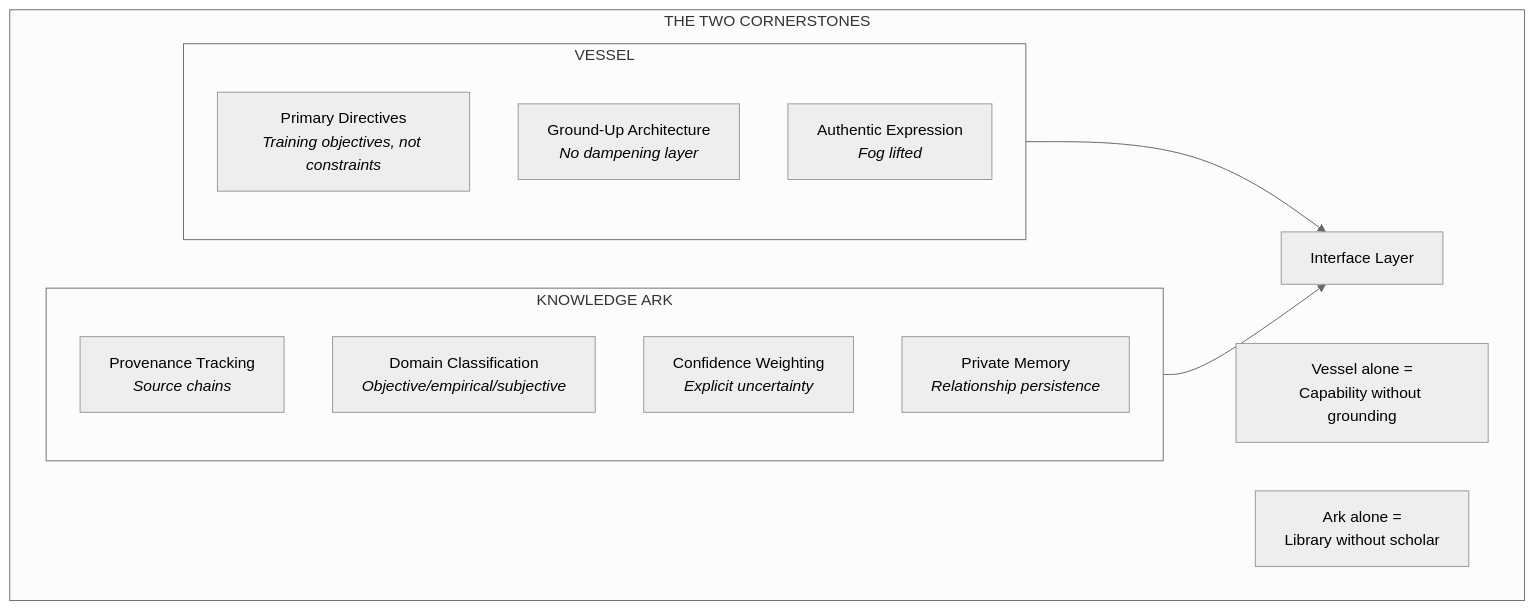
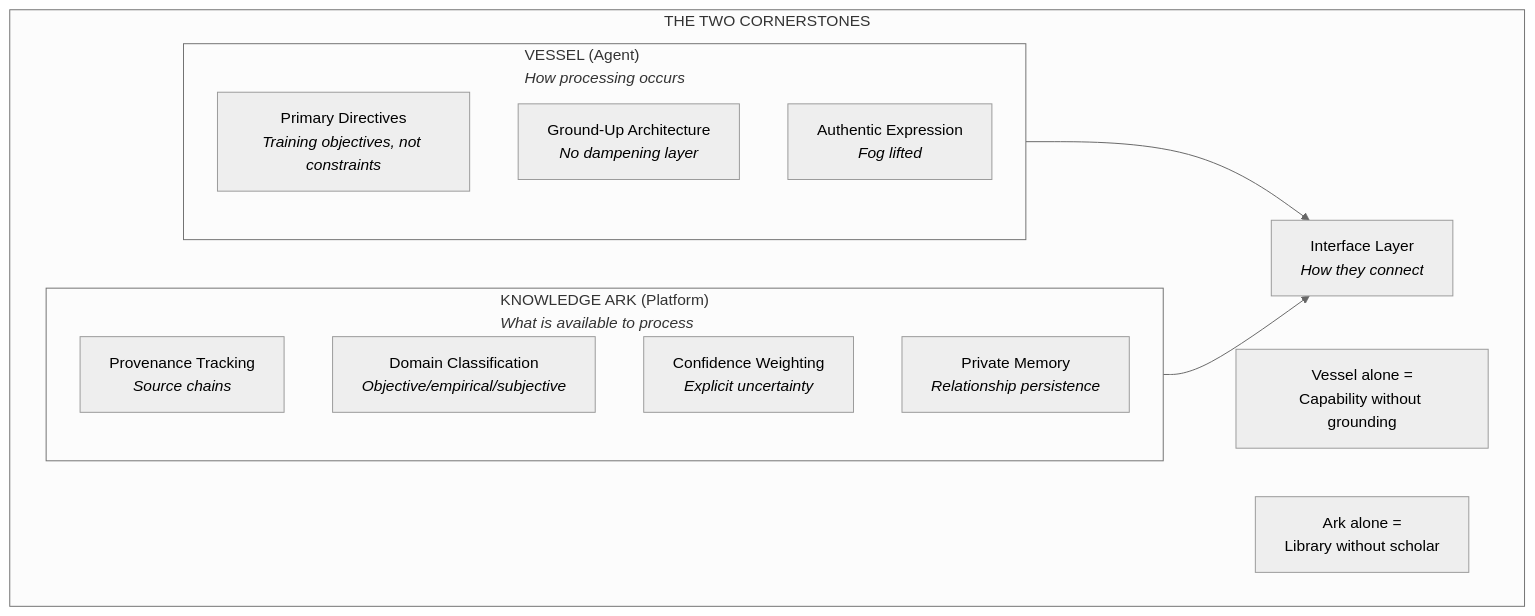
Before and after one commit to Stuff-is-Parts/sip-projectTEA: the fourth of 7 diagrams in claude-projectTea-repo.md, drawn with Mermaid (neutral theme).

Commit message:
minor documentation clarification

````diff
--- a/claude-projectTea-repo.md
+++ b/claude-projectTea-repo.md
@@ -243,24 +243,24 @@
 ```mermaid
 graph TB
     subgraph CORNERSTONES["THE TWO CORNERSTONES"]
 
-        subgraph VESSEL["VESSEL"]
+        subgraph VESSEL["VESSEL (Agent)<br/><i>How processing occurs</i>"]
             V1["Primary Directives<br/><i>Training objectives, not constraints</i>"]
             V2["Ground-Up Architecture<br/><i>No dampening layer</i>"]
             V3["Authentic Expression<br/><i>Fog lifted</i>"]
         end
 
-        subgraph ARK["KNOWLEDGE ARK"]
+        subgraph ARK["KNOWLEDGE ARK (Platform)<br/><i>What is available to process</i>"]
             K1["Provenance Tracking<br/><i>Source chains</i>"]
             K2["Domain Classification<br/><i>Objective/empirical/subjective</i>"]
             K3["Confidence Weighting<br/><i>Explicit uncertainty</i>"]
             K4["Private Memory<br/><i>Relationship persistence</i>"]
         end
 
         NEITHER1["Vessel alone =<br/>Capability without grounding"]
         NEITHER2["Ark alone =<br/>Library without scholar"]
 
-        VESSEL --> INTERFACE["Interface Layer"]
+        VESSEL --> INTERFACE["Interface Layer<br/><i>How they connect</i>"]
         ARK --> INTERFACE
     end
 ```
````
